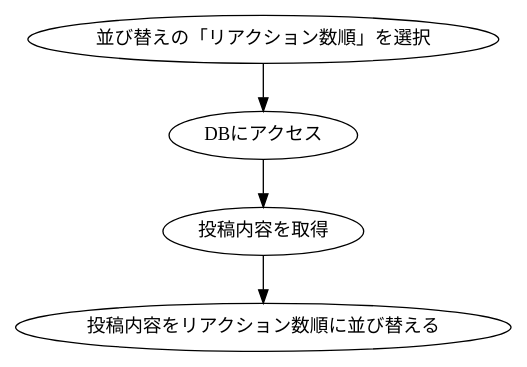
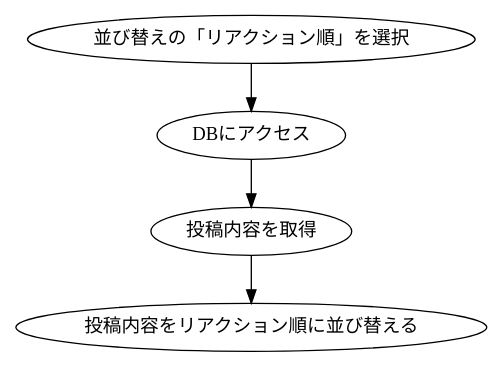
The diagram in dot/marudemaru/SortReaction.dot (KUT-Group12/internal_design), drawn with Graphviz before and after one commit. The commit also changed 3 other files, not shown here.

```diff
--- a/dot/marudemaru/SortReaction.dot
+++ b/dot/marudemaru/SortReaction.dot
@@ -1,12 +1,12 @@
 digraph G {
     #include "style.doth"
 
-    serect[label = "並び替えの「リアクション数順」を選択"]
+    serect[label = "並び替えの「リアクション順」を選択"]
     db[label = "DBにアクセス"]
     get[label = "投稿内容を取得"]
-    output[label = "投稿内容をリアクション数順に並び替える"]
+    output[label = "投稿内容をリアクション順に並び替える"]
 
     serect -> db
     db -> get
     get -> output
 }
```
